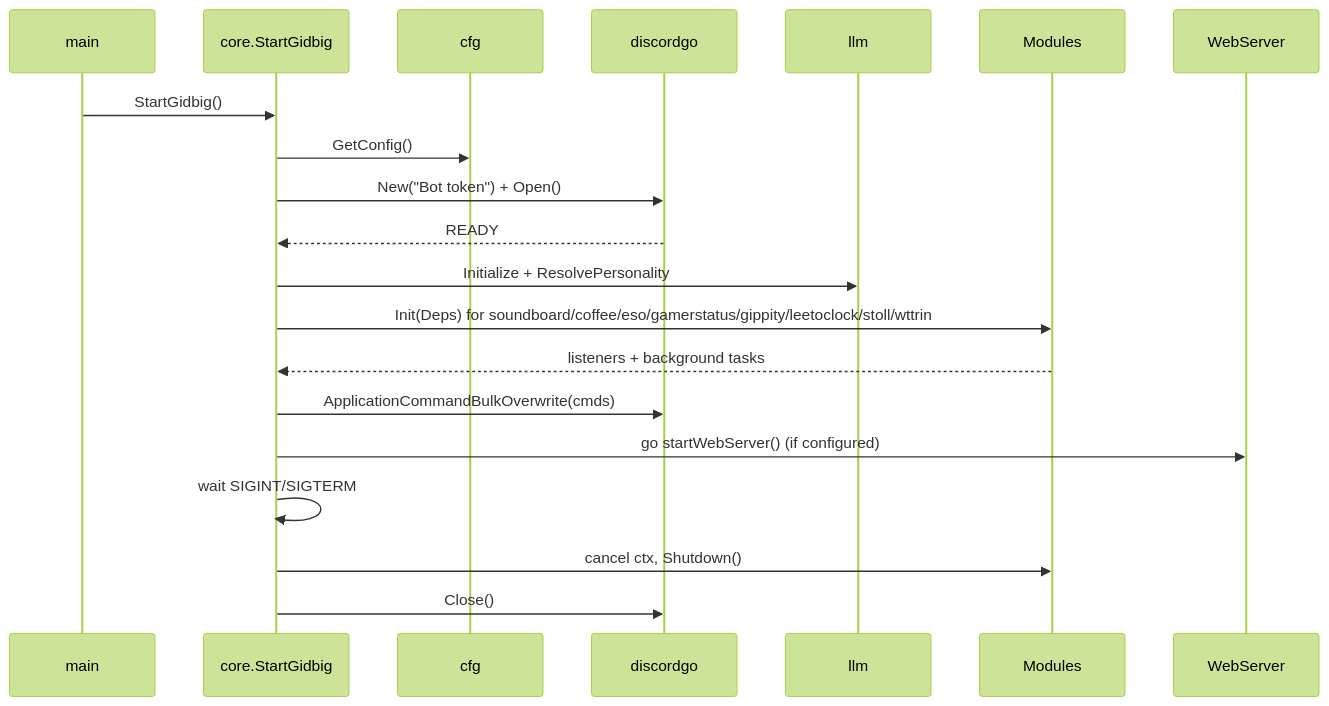
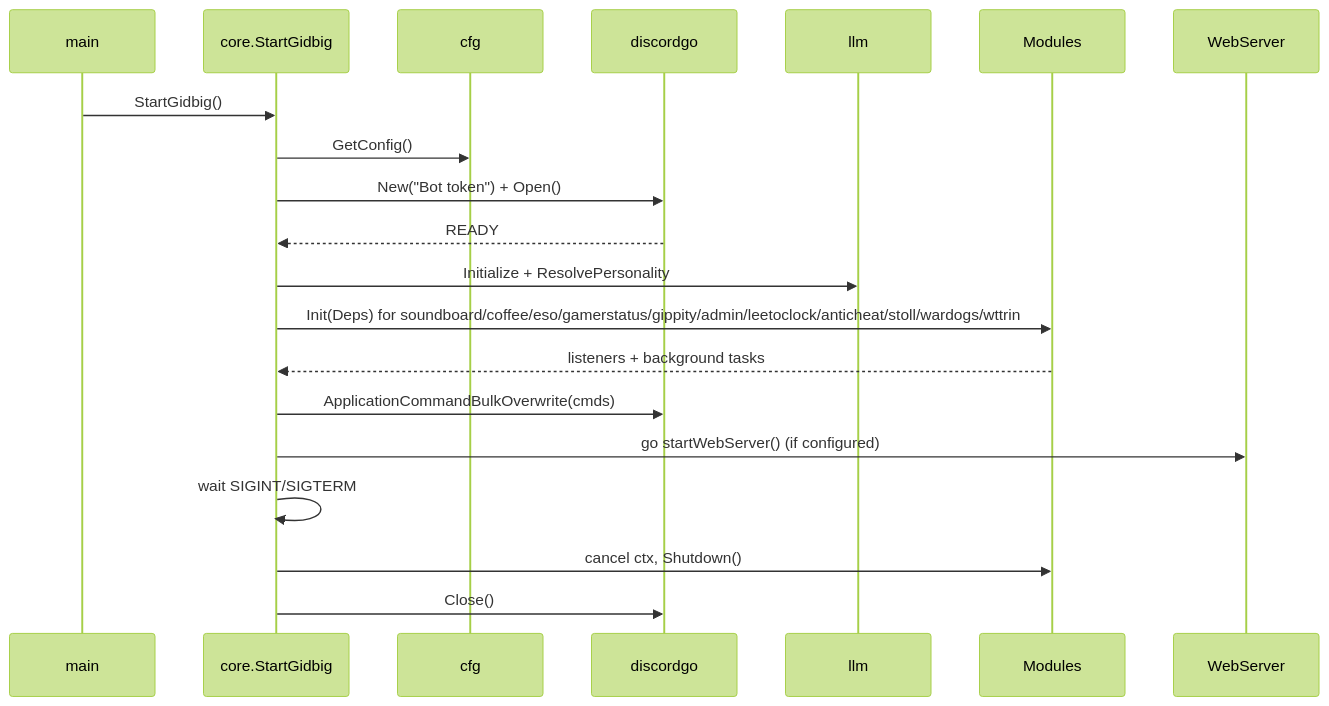
The diagram in docs/modules/core.md (toksikk/gidbig), drawn with Mermaid (forest theme) before and after one commit. The commit also changed 6 other files, not shown here.

````diff
--- a/docs/modules/core.md
+++ b/docs/modules/core.md
@@ -17,23 +17,23 @@
 ```mermaid
 sequenceDiagram
     participant main
     participant core as core.StartGidbig
     participant cfg
     participant dg as discordgo
     participant llm
     participant mod as Modules
     participant web as WebServer
 
     main->>core: StartGidbig()
     core->>cfg: GetConfig()
     core->>dg: New("Bot token") + Open()
     dg-->>core: READY
     core->>llm: Initialize + ResolvePersonality
-    core->>mod: Init(Deps) for soundboard/coffee/eso/gamerstatus/gippity/leetoclock/stoll/wttrin
+    core->>mod: Init(Deps) for soundboard/coffee/eso/gamerstatus/gippity/admin/leetoclock/anticheat/stoll/wardogs/wttrin
     mod-->>core: listeners + background tasks
     core->>dg: ApplicationCommandBulkOverwrite(cmds)
     core->>web: go startWebServer() (if configured)
     core->>core: wait SIGINT/SIGTERM
     core->>mod: cancel ctx, Shutdown()
     core->>dg: Close()
 ```
````
